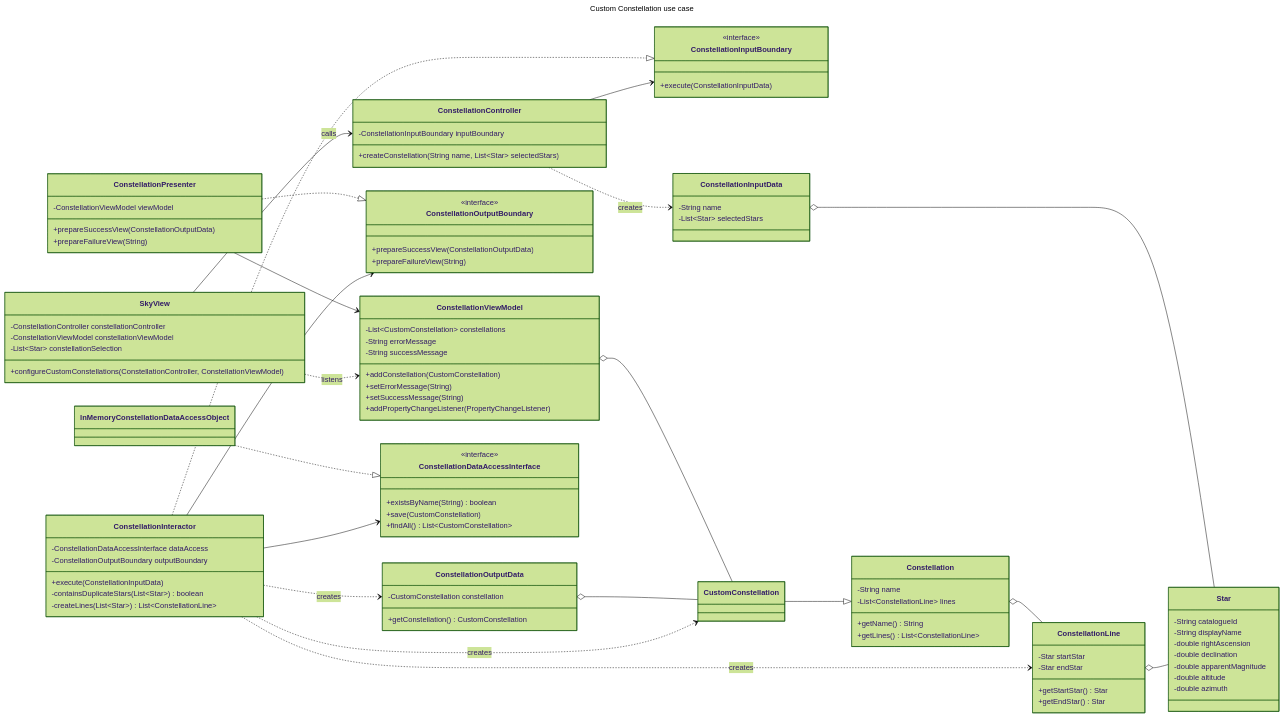
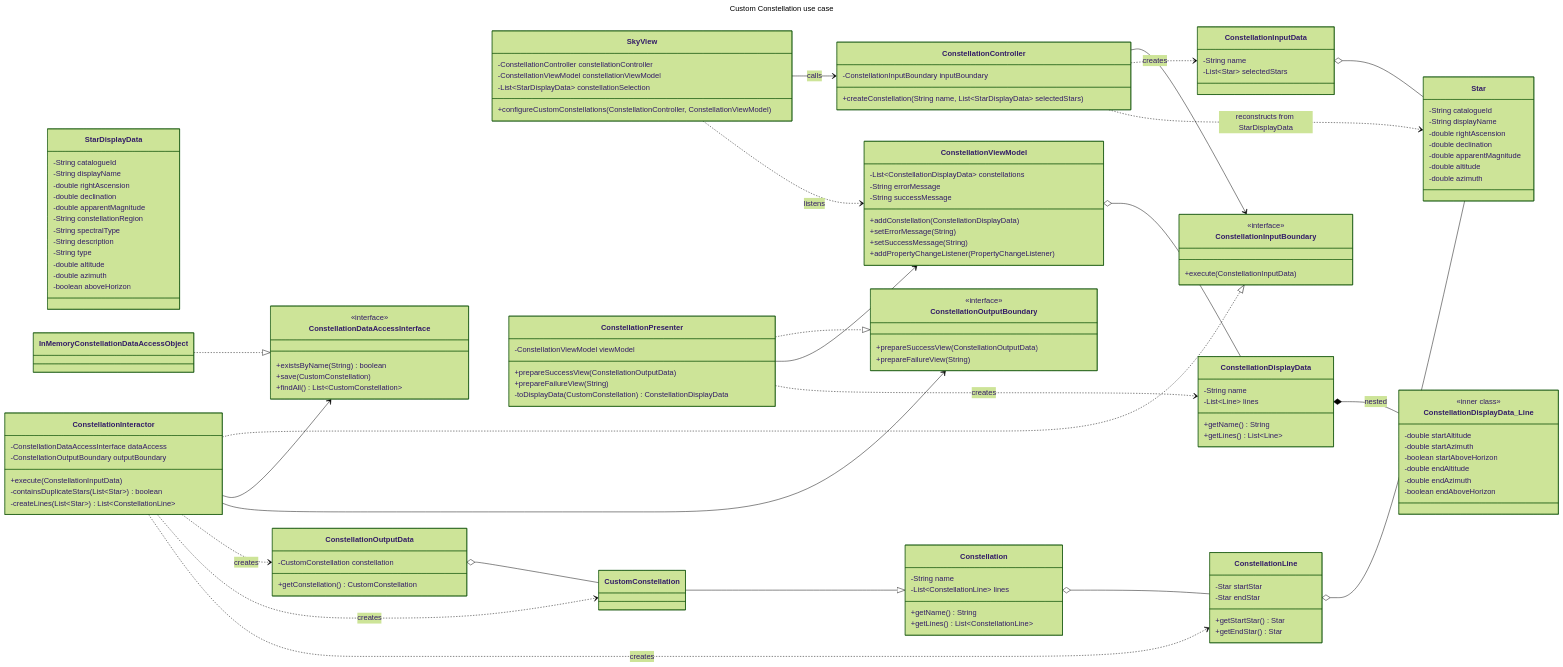
One commit to raycesu/Halo changed the diagram in docs/uml/custom_constellation.mmd. Above: the diagram before and after it, drawn with Mermaid (forest theme). The commit also changed 27 other files, not shown here.

Commit message:
fixed DIP and updated UML diagrams

```diff
--- a/docs/uml/custom_constellation.mmd
+++ b/docs/uml/custom_constellation.mmd
@@ -1,128 +1,164 @@
 ---
 title: Custom Constellation use case
 ---
 classDiagram
 direction LR
 
 %% ---------- View ----------
 class SkyView {
   -ConstellationController constellationController
   -ConstellationViewModel constellationViewModel
-  -List~Star~ constellationSelection
+  -List~StarDisplayData~ constellationSelection
   +configureCustomConstellations(ConstellationController, ConstellationViewModel)
 }
 
 %% ---------- Interface Adapters ----------
 class ConstellationController {
   -ConstellationInputBoundary inputBoundary
-  +createConstellation(String name, List~Star~ selectedStars)
+  +createConstellation(String name, List~StarDisplayData~ selectedStars)
 }
 
 class ConstellationPresenter {
   -ConstellationViewModel viewModel
   +prepareSuccessView(ConstellationOutputData)
   +prepareFailureView(String)
+  -toDisplayData(CustomConstellation) ConstellationDisplayData
 }
 
 class ConstellationViewModel {
-  -List~CustomConstellation~ constellations
+  -List~ConstellationDisplayData~ constellations
   -String errorMessage
   -String successMessage
-  +addConstellation(CustomConstellation)
+  +addConstellation(ConstellationDisplayData)
   +setErrorMessage(String)
   +setSuccessMessage(String)
   +addPropertyChangeListener(PropertyChangeListener)
+}
+
+class StarDisplayData {
+  -String catalogueId
+  -String displayName
+  -double rightAscension
+  -double declination
+  -double apparentMagnitude
+  -String constellationRegion
+  -String spectralType
+  -String description
+  -String type
+  -double altitude
+  -double azimuth
+  -boolean aboveHorizon
+}
+
+class ConstellationDisplayData {
+  -String name
+  -List~Line~ lines
+  +getName() String
+  +getLines() List~Line~
+}
+
+class ConstellationDisplayData_Line {
+  <<inner class>>
+  -double startAltitude
+  -double startAzimuth
+  -boolean startAboveHorizon
+  -double endAltitude
+  -double endAzimuth
+  -boolean endAboveHorizon
 }
 
 %% ---------- Use Case layer ----------
 class ConstellationInputBoundary {
   <<interface>>
   +execute(ConstellationInputData)
 }
 
 class ConstellationOutputBoundary {
   <<interface>>
   +prepareSuccessView(ConstellationOutputData)
   +prepareFailureView(String)
 }
 
 class ConstellationInteractor {
   -ConstellationDataAccessInterface dataAccess
   -ConstellationOutputBoundary outputBoundary
   +execute(ConstellationInputData)
   -containsDuplicateStars(List~Star~) boolean
   -createLines(List~Star~) List~ConstellationLine~
 }
 
 class ConstellationInputData {
   -String name
   -List~Star~ selectedStars
 }
 
 class ConstellationOutputData {
   -CustomConstellation constellation
   +getConstellation() CustomConstellation
 }
 
 class ConstellationDataAccessInterface {
   <<interface>>
   +existsByName(String) boolean
   +save(CustomConstellation)
   +findAll() List~CustomConstellation~
 }
 
 %% ---------- Data Access ----------
 class InMemoryConstellationDataAccessObject
 
 %% ---------- Entities ----------
 class Constellation {
   -String name
   -List~ConstellationLine~ lines
   +getName() String
   +getLines() List~ConstellationLine~
 }
 
 class CustomConstellation
 
 class ConstellationLine {
   -Star startStar
   -Star endStar
   +getStartStar() Star
   +getEndStar() Star
 }
 
 class Star {
   -String catalogueId
   -String displayName
   -double rightAscension
   -double declination
   -double apparentMagnitude
   -double altitude
   -double azimuth
 }
 
 %% ---------- Relationships ----------
 SkyView --> ConstellationController : calls
 SkyView ..> ConstellationViewModel : listens
 
 ConstellationController --> ConstellationInputBoundary
 ConstellationController ..> ConstellationInputData : creates
+ConstellationController ..> Star : reconstructs from StarDisplayData
 
 ConstellationInteractor ..|> ConstellationInputBoundary
 ConstellationInteractor --> ConstellationDataAccessInterface
 ConstellationInteractor --> ConstellationOutputBoundary
 ConstellationInteractor ..> ConstellationOutputData : creates
 ConstellationInteractor ..> CustomConstellation : creates
 ConstellationInteractor ..> ConstellationLine : creates
 
 ConstellationPresenter ..|> ConstellationOutputBoundary
 ConstellationPresenter --> ConstellationViewModel
+ConstellationPresenter ..> ConstellationDisplayData : creates
 
 InMemoryConstellationDataAccessObject ..|> ConstellationDataAccessInterface
 
 CustomConstellation --|> Constellation
 Constellation o-- ConstellationLine
 ConstellationLine o-- Star
 ConstellationInputData o-- Star
 ConstellationOutputData o-- CustomConstellation
-ConstellationViewModel o-- CustomConstellation
+ConstellationViewModel o-- ConstellationDisplayData
+ConstellationDisplayData *-- ConstellationDisplayData_Line : nested
```
